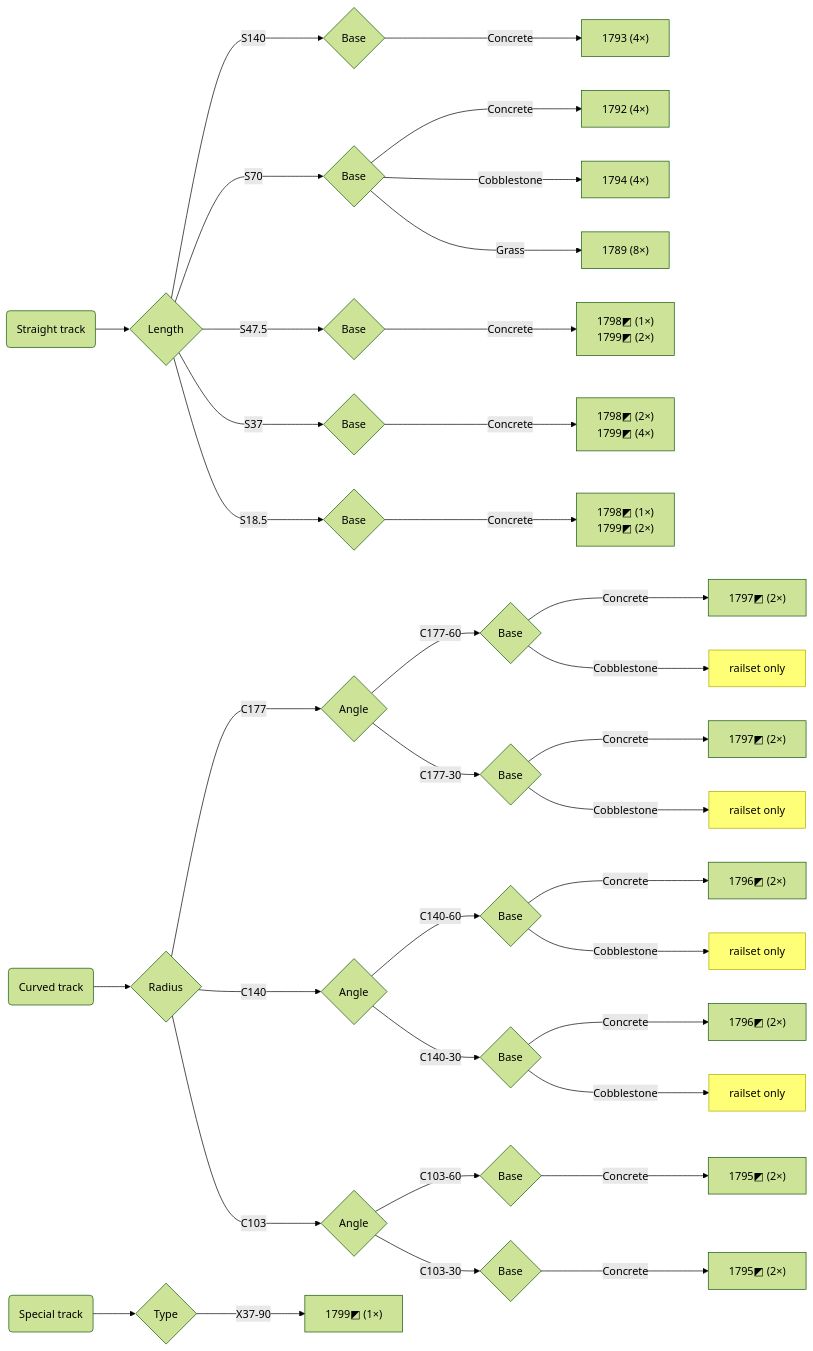
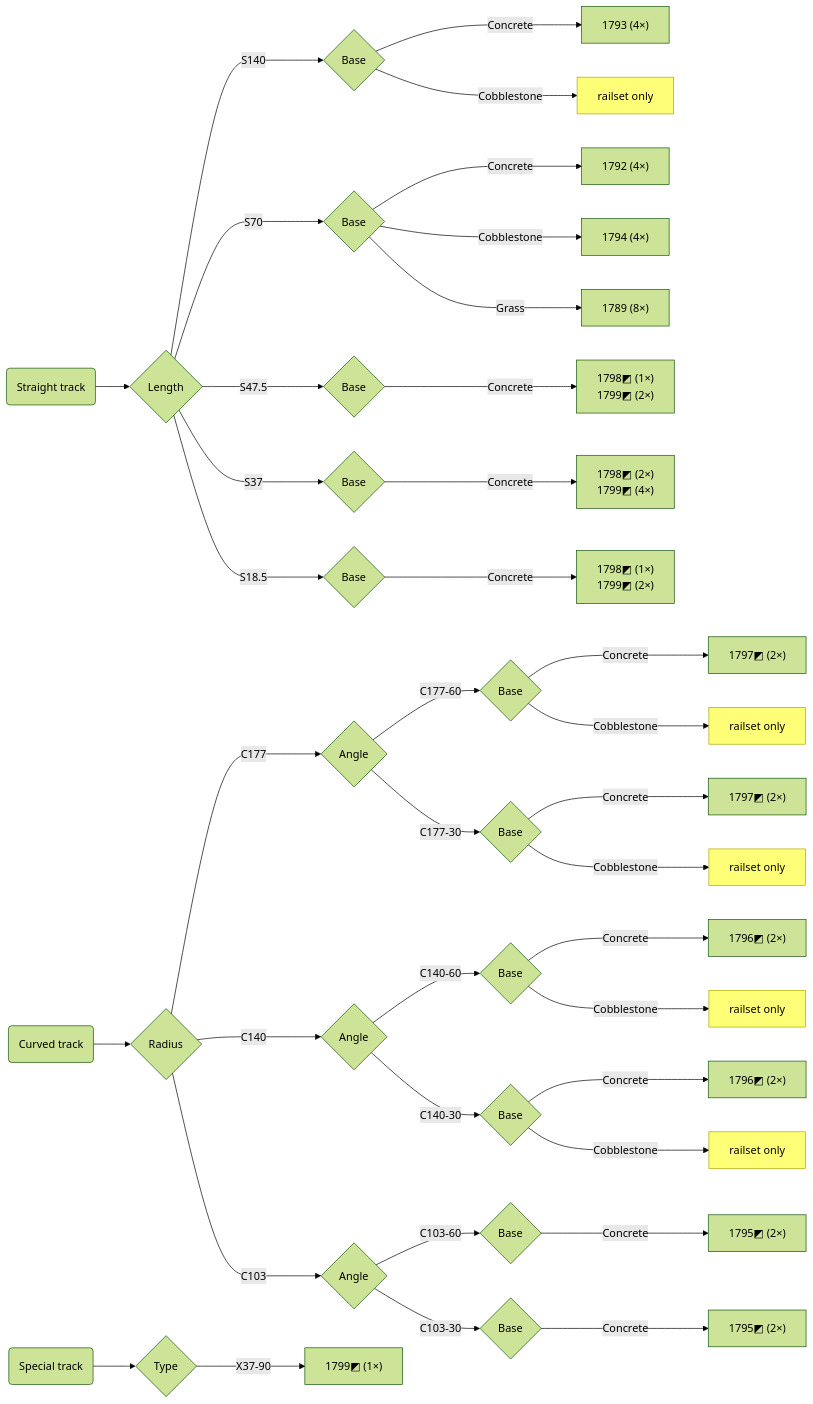
Before and after one commit to katemihalikova/tomix-rails: the fifth of 6 diagrams in tomix-diagrams.md, drawn with Mermaid (forest theme).

````diff
--- a/tomix-diagrams.md
+++ b/tomix-diagrams.md
@@ -241,43 +241,44 @@
 ```mermaid
 graph LR
     classDef cancelled fill:#fbb,stroke:#f22;
     classDef railsetonly fill:#ff7,stroke:#aa0;
 
     Si(Straight track) --> S{Length}
     S --->|S140| S140{Base}
     S140 --->|Concrete| S140C["1793 (4×)"]
+    S140 --->|Cobblestone| S140S["railset only"]:::railsetonly
     S --->|S70| S70{Base}
     S70 --->|Concrete| S70C["1792 (4×)"]
     S70 --->|Cobblestone| S70S["1794 (4×)"]
     S70 --->|Grass| S70G["1789 (8×)"]
     S --->|S47.5| S475{Base}
     S475 --->|Concrete| S475C["1798◩ (1×)<br>1799◩ (2×)"]
     S --->|S37| S37{Base}
     S37 --->|Concrete| S37C["1798◩ (2×)<br>1799◩ (4×)"]
     S --->|S18.5| S185{Base}
     S185 --->|Concrete| S185C["1798◩ (1×)<br>1799◩ (2×)"]
 
     Ci(Curved track) --> C{Radius}
     C --->|C177| C177{Angle}
     C177 -->|C177-60| C17760{Base}
     C17760 --->|Concrete| C17760C["1797◩ (2×)"]
     C17760 --->|Cobblestone| C17760S["railset only"]:::railsetonly
     C177 -->|C177-30| C17730{Base}
     C17730 --->|Concrete| C17730C["1797◩ (2×)"]
     C17730 --->|Cobblestone| C17730S["railset only"]:::railsetonly
     C --->|C140| C140{Angle}
     C140 -->|C140-60| C14060{Base}
     C14060 --->|Concrete| C14060C["1796◩ (2×)"]
     C14060 --->|Cobblestone| C14060S["railset only"]:::railsetonly
     C140 -->|C140-30| C14030{Base}
     C14030 --->|Concrete| C14030C["1796◩ (2×)"]
     C14030 --->|Cobblestone| C14030S["railset only"]:::railsetonly
     C --->|C103| C103{Angle}
     C103 -->|C103-60| C10360{Base}
     C10360 --->|Concrete| C10360C["1795◩ (2×)"]
     C103 -->|C103-30| C10330{Base}
     C10330 --->|Concrete| C10330C["1795◩ (2×)"]
 
     spi(Special track) --> sp{Type}
     sp --->|X37-90| X3790["1799◩ (1×)"]
 ```
````
